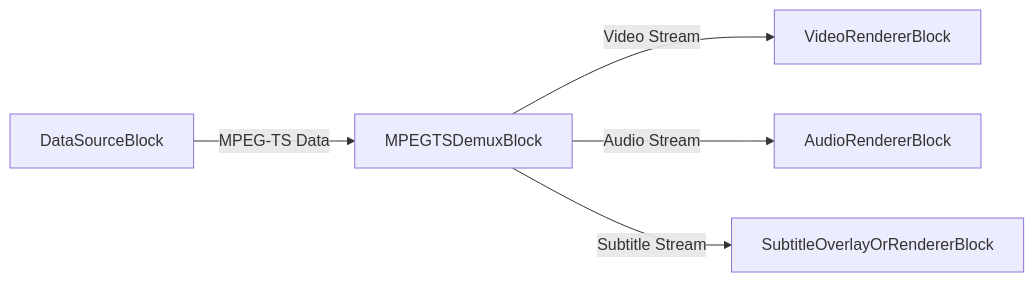
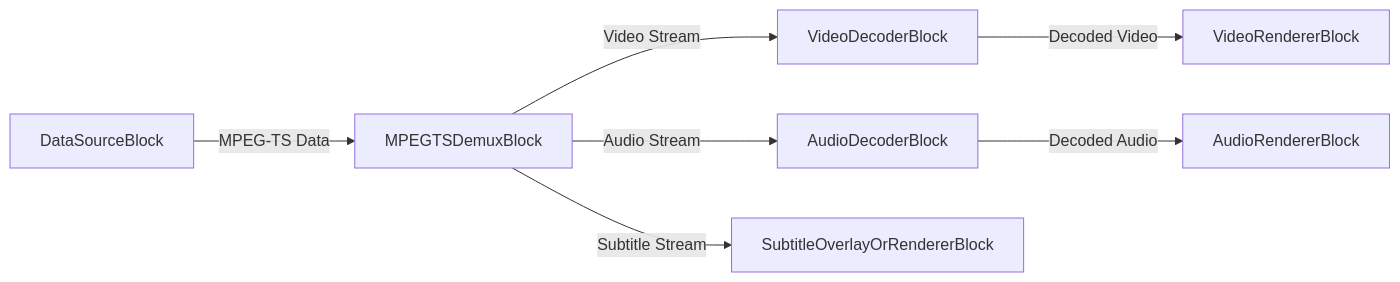
The first of 4 diagrams in dotnet/mediablocks/Demuxers/index.md (visioforge/help), drawn with Mermaid before and after one commit. The commit also changed other lines of this file and 194 other files, not shown here.

````diff
--- a/dotnet/mediablocks/Demuxers/index.md
+++ b/dotnet/mediablocks/Demuxers/index.md
@@ -59,7 +61,9 @@
 ```mermaid
 graph LR;
     DataSourceBlock -- MPEG-TS Data --> MPEGTSDemuxBlock;
-    MPEGTSDemuxBlock -- Video Stream --> VideoRendererBlock;
-    MPEGTSDemuxBlock -- Audio Stream --> AudioRendererBlock;
+    MPEGTSDemuxBlock -- Video Stream --> VideoDecoderBlock;
+    VideoDecoderBlock -- Decoded Video --> VideoRendererBlock;
+    MPEGTSDemuxBlock -- Audio Stream --> AudioDecoderBlock;
+    AudioDecoderBlock -- Decoded Audio --> AudioRendererBlock;
     MPEGTSDemuxBlock -- Subtitle Stream --> SubtitleOverlayOrRendererBlock;
 ```
````
